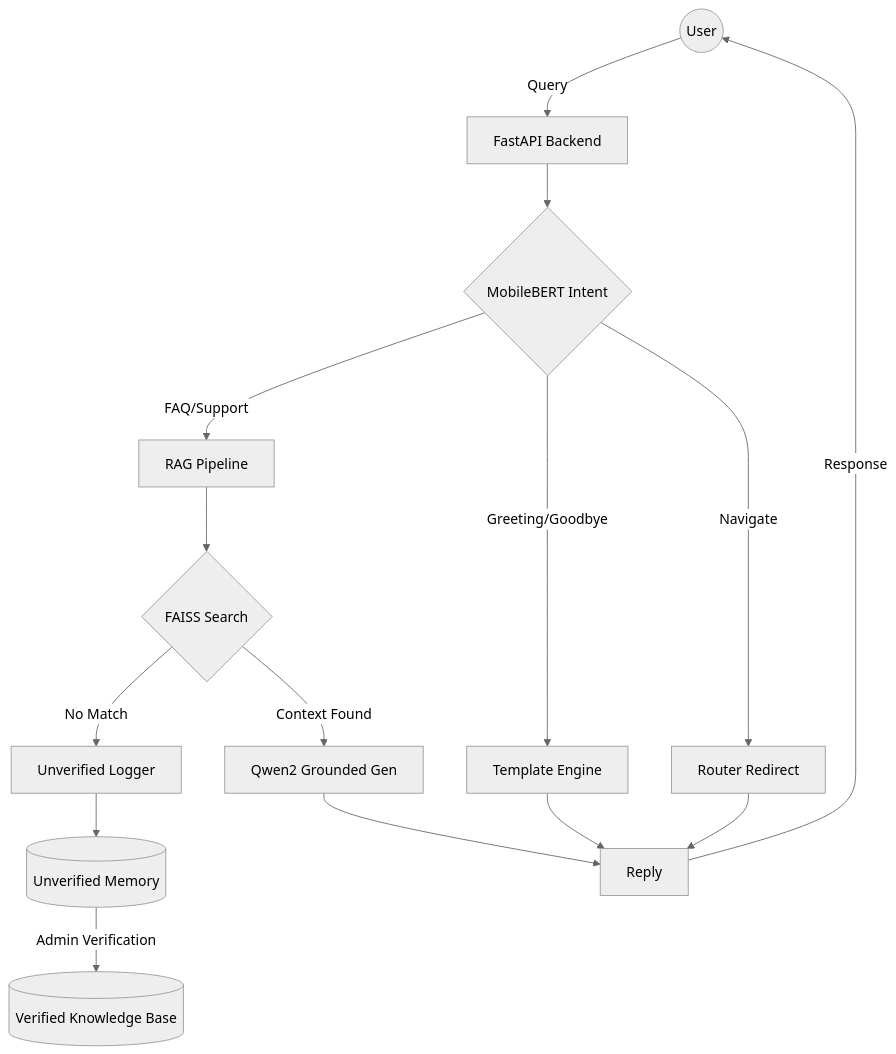
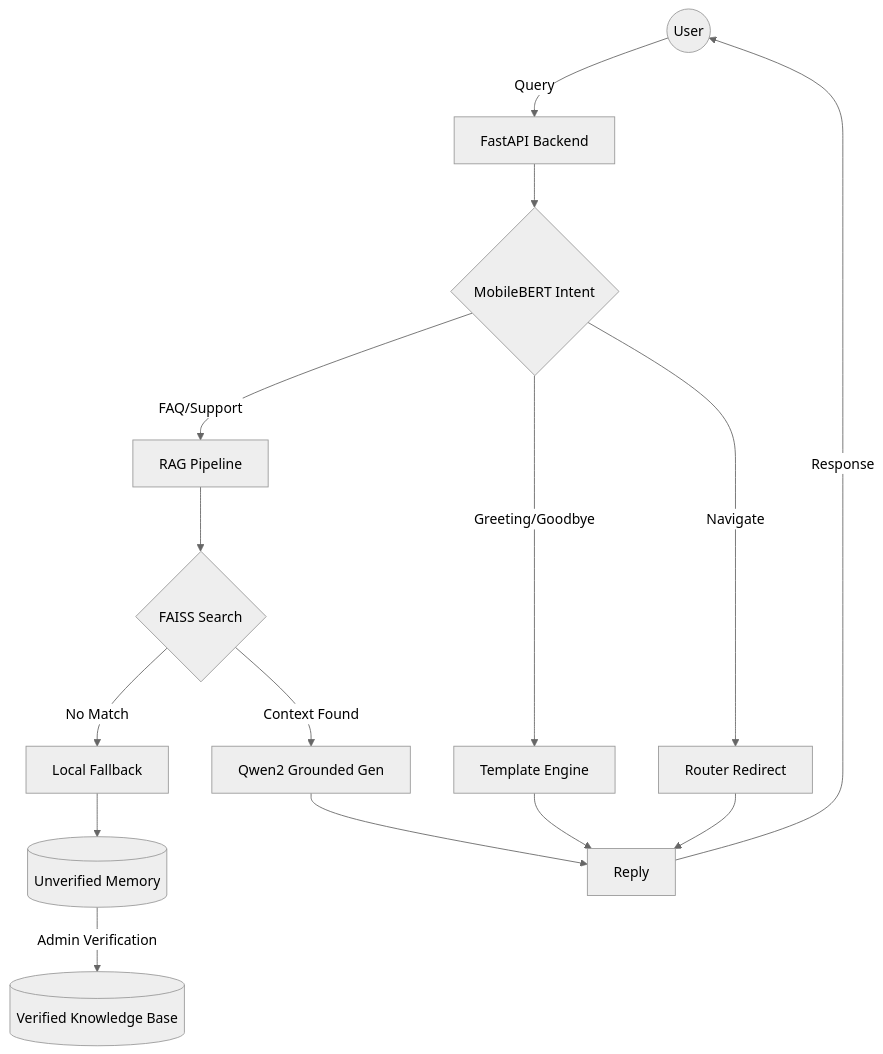
The diagram in README.md (Ruzin413/RAG-CustomerCareBot), drawn with Mermaid (neutral theme) before and after one commit. The commit also changed other lines of this file and 5 other files, not shown here.

````diff
--- a/README.md
+++ b/README.md
@@ -28,20 +28,20 @@
 ```mermaid
 graph TD
     User((User)) -->|Query| API[FastAPI Backend]
     API --> Intent{MobileBERT Intent}
     Intent -->|Greeting/Goodbye| Template[Template Engine]
     Intent -->|Navigate| Redirect[Router Redirect]
     Intent -->|FAQ/Support| RAG[RAG Pipeline]
     
     RAG --> Search{FAISS Search}
     Search -->|Context Found| Gen[Qwen2 Grounded Gen]
-    Search -->|No Match| Fallback[Unverified Logger]
+    Search -->|No Match| Fallback[Local Fallback]
     
     Fallback --> Memory[(Unverified Memory)]
     Memory -->|Admin Verification| KB[(Verified Knowledge Base)]
     
     Gen --> Reply
     Template --> Reply
     Redirect --> Reply
     Reply -->|Response| User
 ```
````
